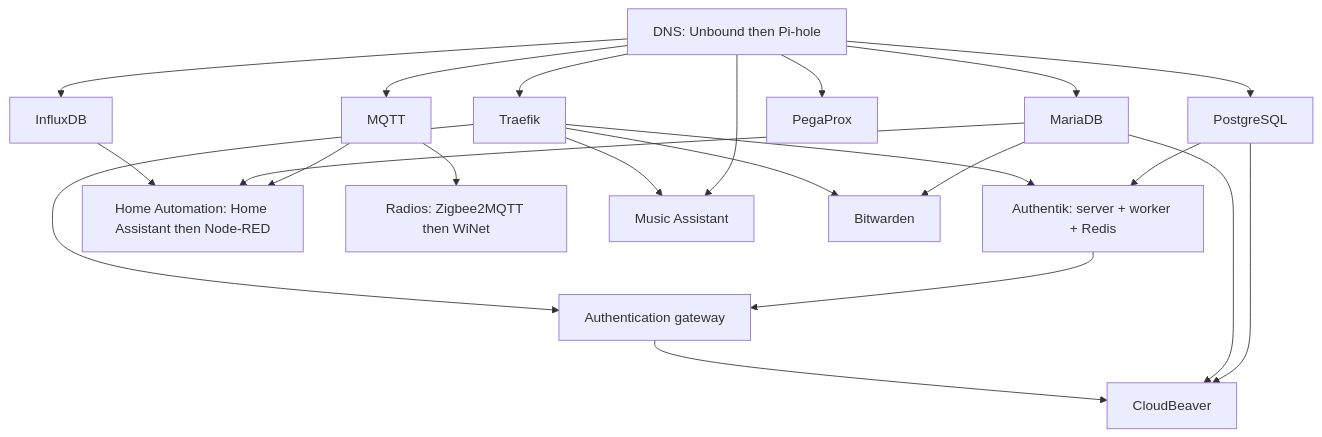
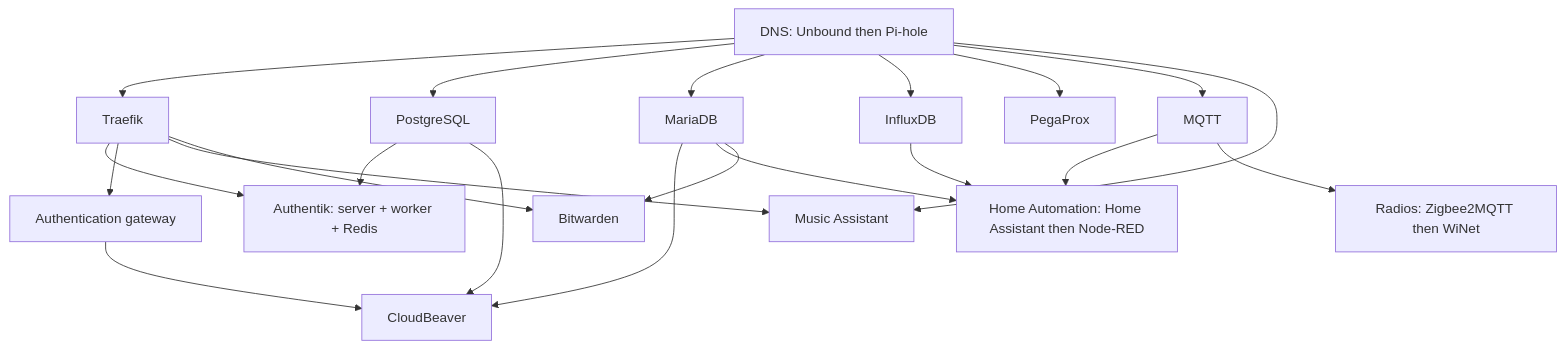
One commit to theaussiepom/homelab-stack changed the diagram in README.md. Above: the diagram before and after it, drawn with Mermaid. The commit also changed 27 other files, not shown here.

````diff
--- a/README.md
+++ b/README.md
@@ -12,24 +12,23 @@
 ```mermaid
 flowchart TD
   DNS[DNS: Unbound then Pi-hole] --> Ingress[Traefik]
   DNS --> PG[PostgreSQL]
   DNS --> Maria[MariaDB]
   DNS --> Influx[InfluxDB]
   DNS --> Pega[PegaProx]
   PG --> Auth[Authentik: server + worker + Redis]
   Ingress --> Auth
   PG --> Admin[CloudBeaver]
   Maria --> Admin
-  Auth --> Gateway[Authentication gateway]
-  Ingress --> Gateway
+  Ingress --> Gateway[Authentication gateway]
   Gateway --> Admin
   DNS --> Broker[MQTT]
   Broker --> Auto[Home Automation: Home Assistant then Node-RED]
   Maria --> Auto
   Influx --> Auto
   Broker --> Radio[Radios: Zigbee2MQTT then WiNet]
   DNS --> Music[Music Assistant]
   Ingress --> Music
   Maria --> Vault[Bitwarden]
   Ingress --> Vault
 ```
````
